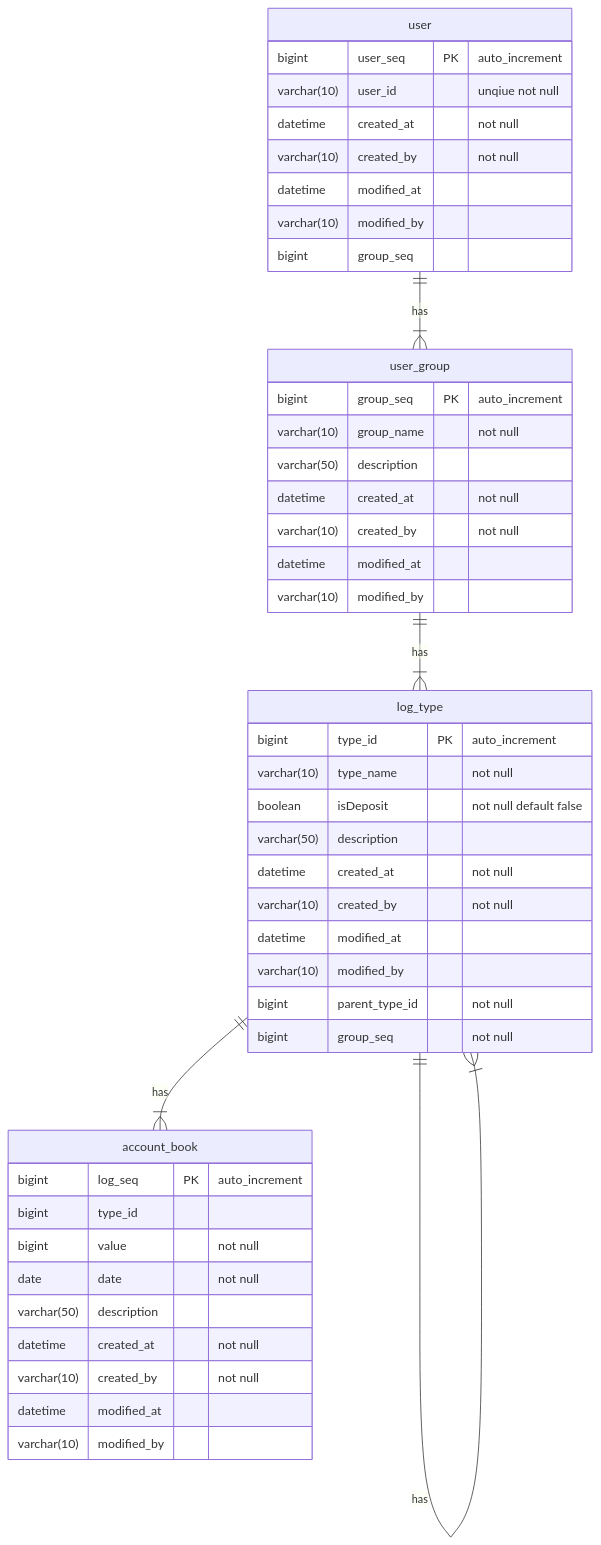
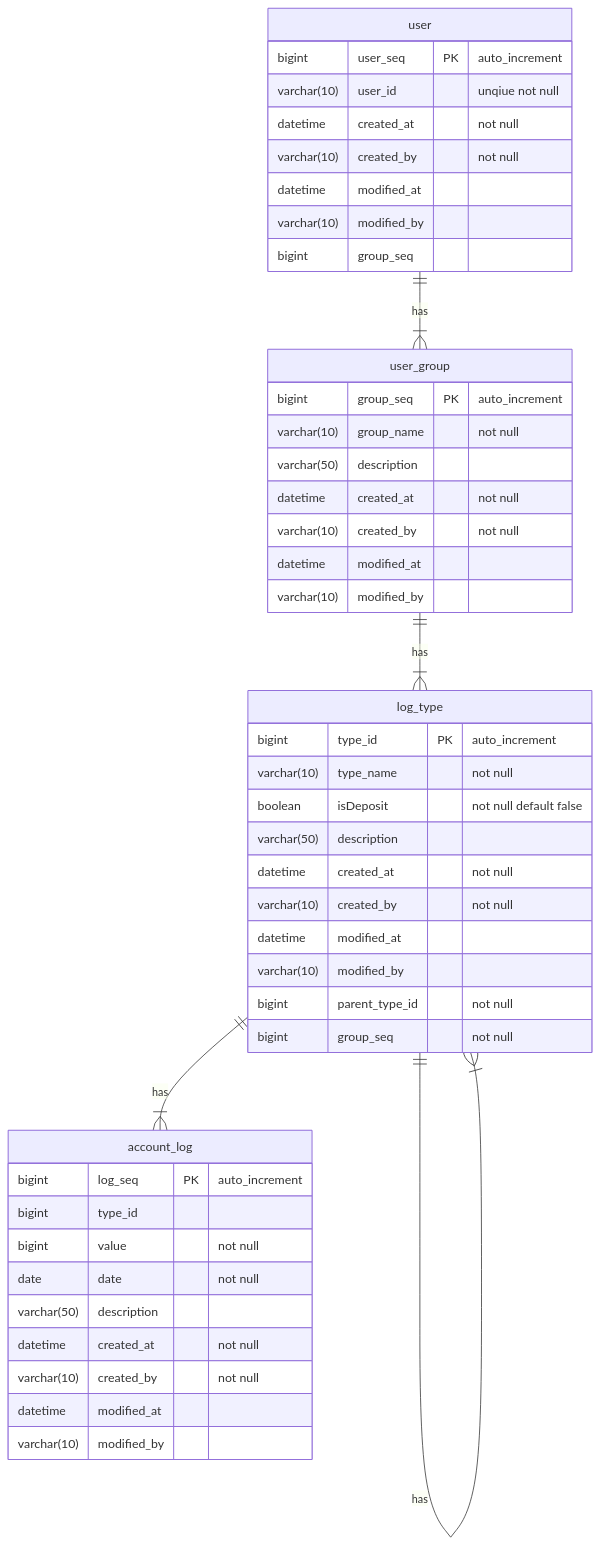
Before and after one commit to SeungHeeNoh/accountBook: the diagram in README.md, drawn with Mermaid. The commit also changed 1 other file, not shown here.

Commit message:
#4 AccountBook entity를 AccountLog entity로 이름 변경 및 애노테이션 작성
AccountLog에 애노테이션 작성

````diff
--- a/README.md
+++ b/README.md
@@ -11,49 +11,49 @@
 ```mermaid
 erDiagram
     user ||--|{ user_group : has
     user_group ||--|{ log_type : has
     log_type ||--|{ log_type : has
-    log_type ||--|{ account_book : has
+    log_type ||--|{ account_log : has
     user {
         bigint user_seq PK "auto_increment"
         varchar(10) user_id "unqiue not null"
         datetime created_at "not null"
         varchar(10) created_by "not null"
         datetime modified_at
         varchar(10) modified_by
         bigint group_seq
     }
     user_group {
         bigint group_seq PK "auto_increment"
         varchar(10) group_name "not null"
         varchar(50) description
         datetime created_at "not null"
         varchar(10) created_by "not null"
         datetime modified_at
         varchar(10) modified_by
     }
     log_type {
         bigint type_id PK "auto_increment"
         varchar(10) type_name "not null"
         boolean isDeposit "not null default false"
         varchar(50) description
         datetime created_at "not null"
         varchar(10) created_by "not null"
         datetime modified_at
         varchar(10) modified_by
         bigint parent_type_id "not null"
         bigint group_seq "not null"
     }
-    account_book {
+    account_log {
         bigint log_seq PK "auto_increment"
         bigint type_id
         bigint value "not null"
         date date "not null"
         varchar(50) description
         datetime created_at "not null"
         varchar(10) created_by "not null"
         datetime modified_at
         varchar(10) modified_by
     }
 
 ```
````
